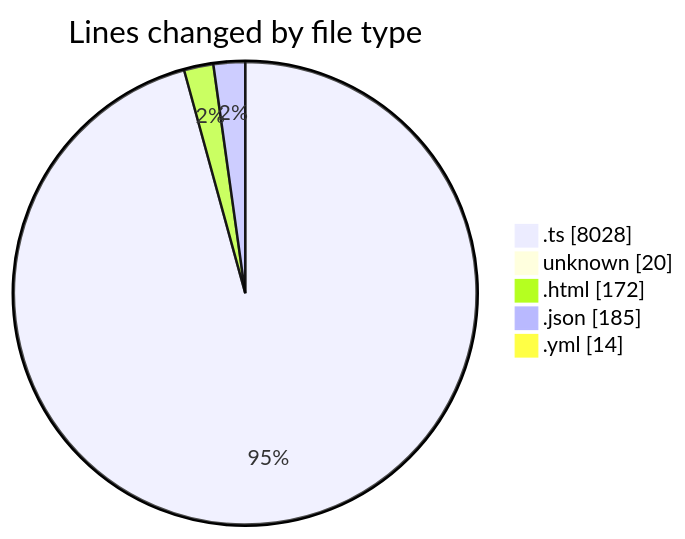
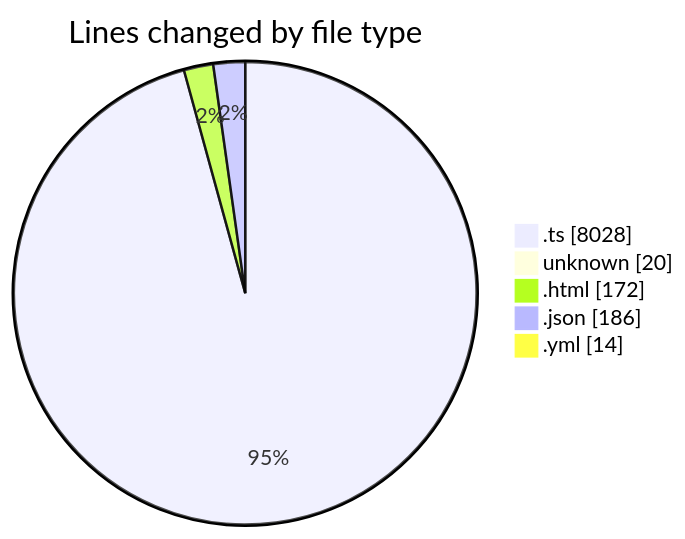
The first of 2 diagrams in 2026-02-06/singularitybrainai/README.md (tmsrecording-cyber/code-tracking), drawn with Mermaid before and after one commit. The commit also changed other lines of this file and 1 other file, not shown here.

````diff
--- a/2026-02-06/singularitybrainai/README.md
+++ b/2026-02-06/singularitybrainai/README.md
@@ -41,9 +41,9 @@
 ```mermaid
 pie showData
 title Lines changed by file type
 ".ts" : 8028
 "unknown" : 20
 ".html" : 172
-".json" : 185
+".json" : 186
 ".yml" : 14
 ```
````
